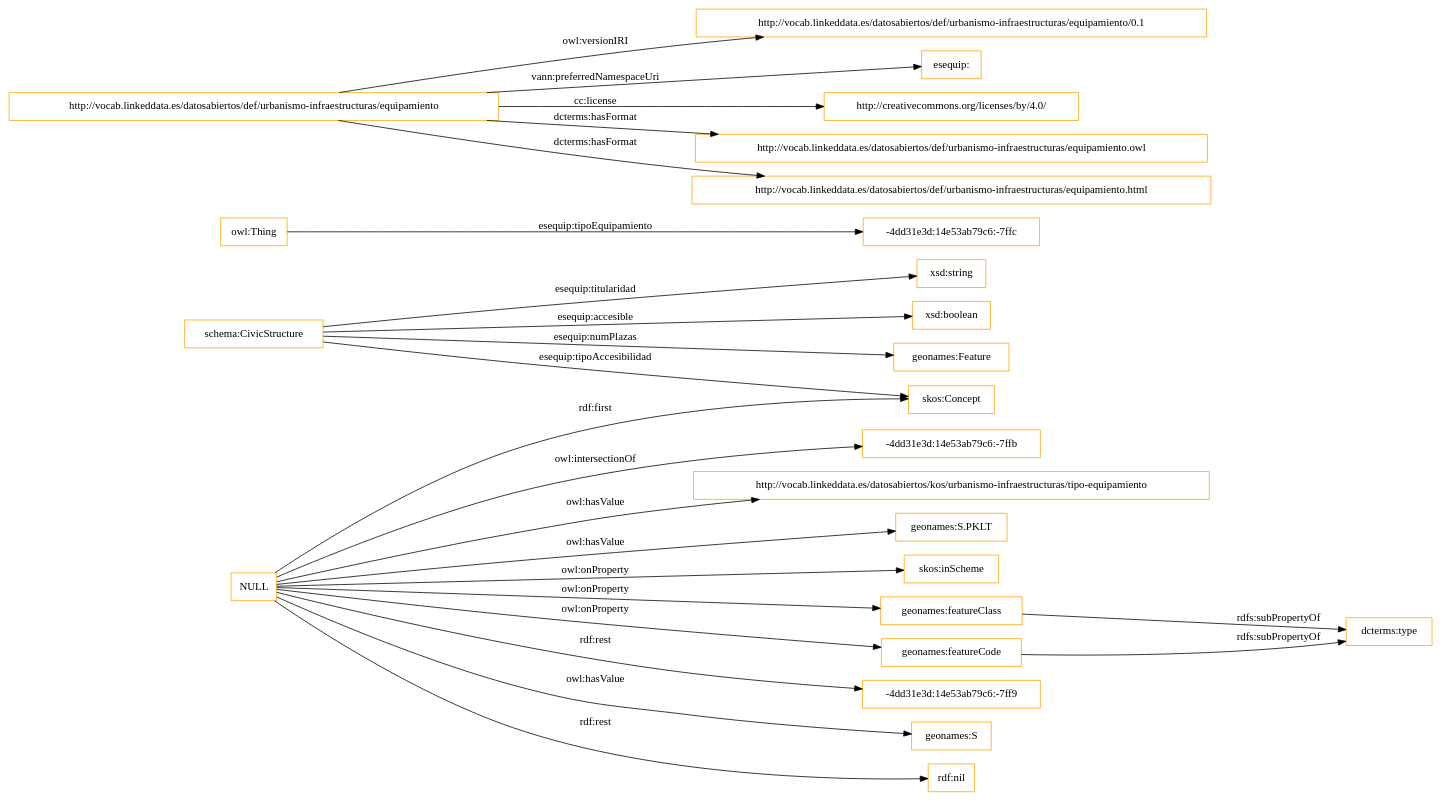
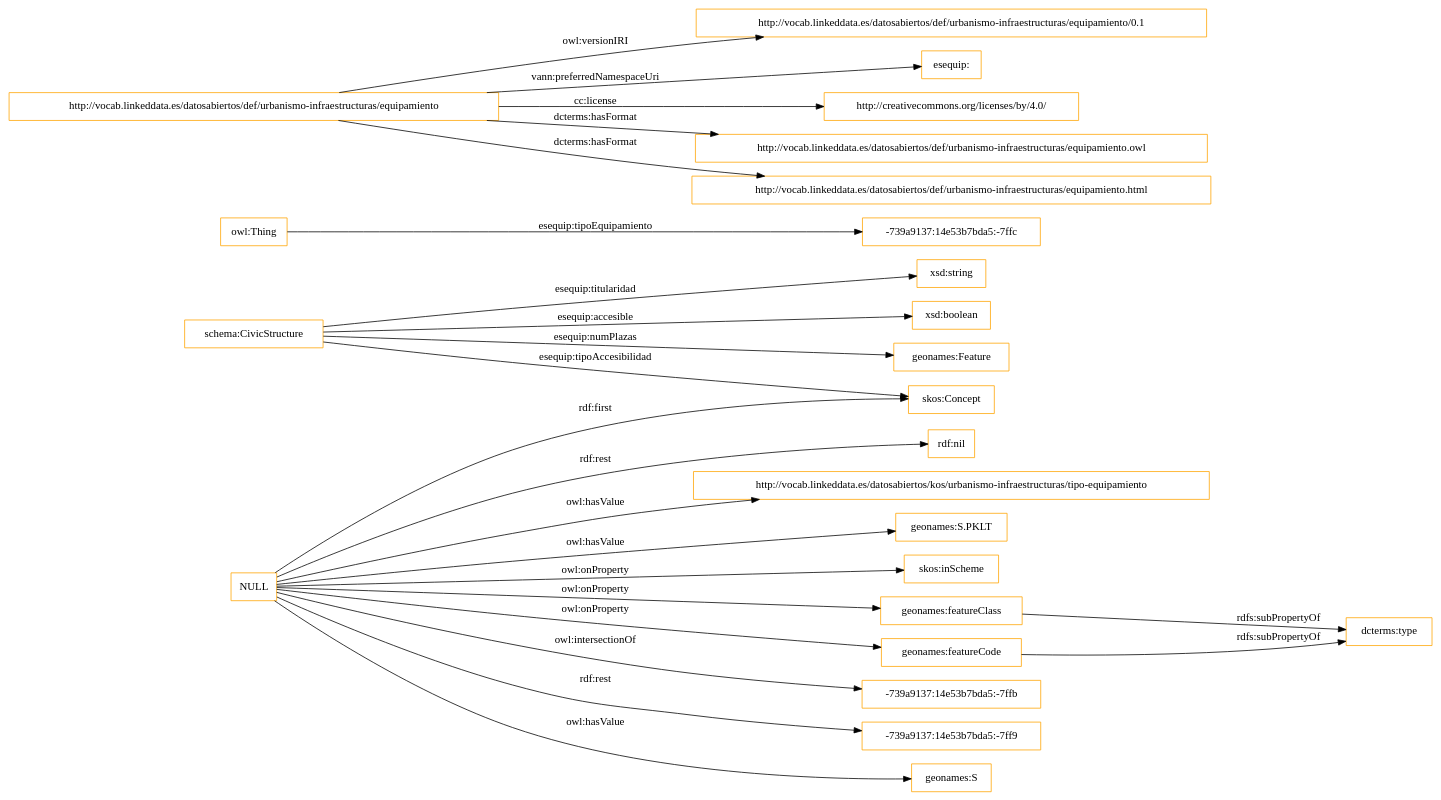
One commit to opencitydata/vocabularios-datos-abiertos changed the diagram in OnToology/urbanismo-infraestructuras/equipamiento/equipamiento.owl/diagrams/ar2dtool-class/equipamiento.owl.png.dot. Above: the diagram before and after it, drawn with Graphviz. The commit also changed 24 other files, not shown here.

```diff
--- a/OnToology/urbanismo-infraestructuras/equipamiento/equipamiento.owl/diagrams/ar2dtool-class/equipamiento.owl.png.dot
+++ b/OnToology/urbanismo-infraestructuras/equipamiento/equipamiento.owl/diagrams/ar2dtool-class/equipamiento.owl.png.dot
@@ -1,28 +1,28 @@
 digraph ar2dtool_diagram { 
 rankdir=LR;
 size="1501"
-node [shape = rectangle, color="orange"]; "skos:Concept" "schema:CivicStructure" "geonames:Feature" "-4dd31e3d:14e53ab79c6:-7ffc" ; /*classes style*/
+node [shape = rectangle, color="orange"]; "skos:Concept" "schema:CivicStructure" "geonames:Feature" "-739a9137:14e53b7bda5:-7ffc" ; /*classes style*/
 	"geonames:featureClass" -> "dcterms:type" [ label = "rdfs:subPropertyOf" ];
 	"http://vocab.linkeddata.es/datosabiertos/def/urbanismo-infraestructuras/equipamiento" -> "http://vocab.linkeddata.es/datosabiertos/def/urbanismo-infraestructuras/equipamiento/0.1" [ label = "owl:versionIRI" ];
 	"http://vocab.linkeddata.es/datosabiertos/def/urbanismo-infraestructuras/equipamiento" -> "esequip:" [ label = "vann:preferredNamespaceUri" ];
 	"http://vocab.linkeddata.es/datosabiertos/def/urbanismo-infraestructuras/equipamiento" -> "http://creativecommons.org/licenses/by/4.0/" [ label = "cc:license" ];
 	"http://vocab.linkeddata.es/datosabiertos/def/urbanismo-infraestructuras/equipamiento" -> "http://vocab.linkeddata.es/datosabiertos/def/urbanismo-infraestructuras/equipamiento.owl" [ label = "dcterms:hasFormat" ];
 	"http://vocab.linkeddata.es/datosabiertos/def/urbanismo-infraestructuras/equipamiento" -> "http://vocab.linkeddata.es/datosabiertos/def/urbanismo-infraestructuras/equipamiento.html" [ label = "dcterms:hasFormat" ];
 	"NULL" -> "geonames:featureCode" [ label = "owl:onProperty" ];
-	"NULL" -> "-4dd31e3d:14e53ab79c6:-7ff9" [ label = "rdf:rest" ];
+	"NULL" -> "-739a9137:14e53b7bda5:-7ffb" [ label = "owl:intersectionOf" ];
 	"NULL" -> "skos:Concept" [ label = "rdf:first" ];
+	"NULL" -> "-739a9137:14e53b7bda5:-7ff9" [ label = "rdf:rest" ];
 	"NULL" -> "geonames:S" [ label = "owl:hasValue" ];
 	"NULL" -> "rdf:nil" [ label = "rdf:rest" ];
-	"NULL" -> "-4dd31e3d:14e53ab79c6:-7ffb" [ label = "owl:intersectionOf" ];
 	"NULL" -> "http://vocab.linkeddata.es/datosabiertos/kos/urbanismo-infraestructuras/tipo-equipamiento" [ label = "owl:hasValue" ];
 	"NULL" -> "geonames:featureClass" [ label = "owl:onProperty" ];
 	"NULL" -> "geonames:S.PKLT" [ label = "owl:hasValue" ];
 	"NULL" -> "skos:inScheme" [ label = "owl:onProperty" ];
 	"geonames:featureCode" -> "dcterms:type" [ label = "rdfs:subPropertyOf" ];
 	"schema:CivicStructure" -> "geonames:Feature" [ label = "esequip:numPlazas" ];
 	"schema:CivicStructure" -> "skos:Concept" [ label = "esequip:tipoAccesibilidad" ];
 	"schema:CivicStructure" -> "xsd:string" [ label = "esequip:titularidad" ];
 	"schema:CivicStructure" -> "xsd:boolean" [ label = "esequip:accesible" ];
-	"owl:Thing" -> "-4dd31e3d:14e53ab79c6:-7ffc" [ label = "esequip:tipoEquipamiento" ];
+	"owl:Thing" -> "-739a9137:14e53b7bda5:-7ffc" [ label = "esequip:tipoEquipamiento" ];
 
 }
```
